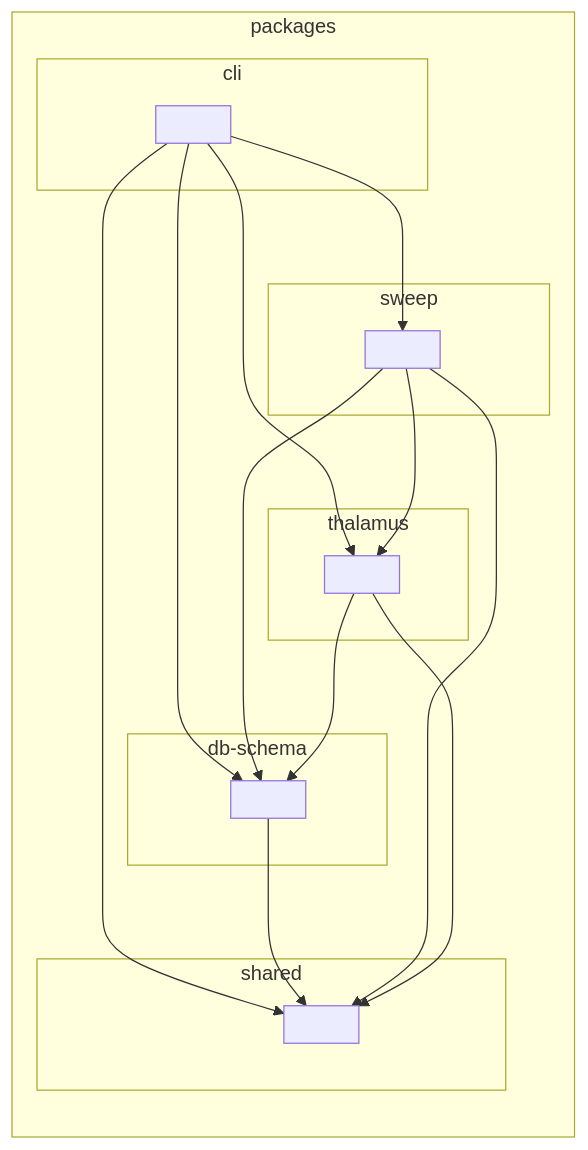
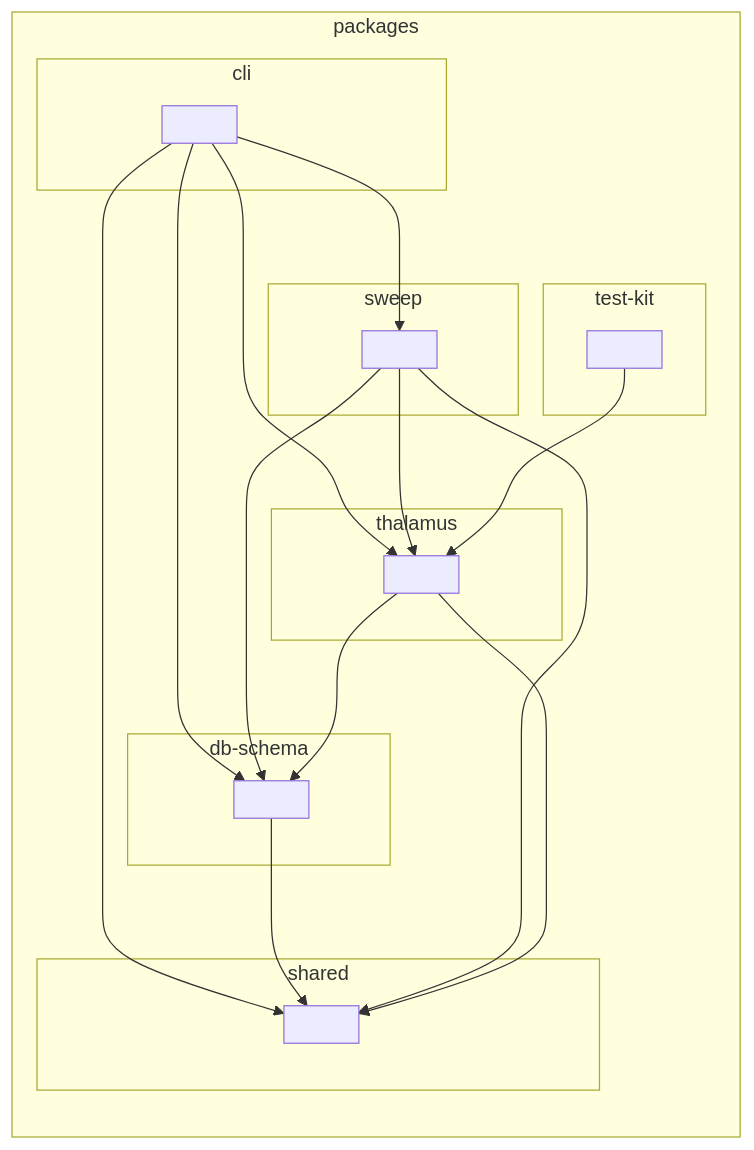
Before and after one commit to jeremienunez/thalamus-usecase-ssa-: the diagram in docs/specs/architecture/figures/14-workspace-packages.mmd, drawn with Mermaid. The commit also changed 68 other files, not shown here.

Commit message:
docs: refresh architecture specs and PDFs

```diff
--- a/docs/specs/architecture/figures/14-workspace-packages.mmd
+++ b/docs/specs/architecture/figures/14-workspace-packages.mmd
@@ -1,29 +1,33 @@
 flowchart LR
 
 subgraph 0["packages"]
 subgraph 1["cli"]
 2[" "]
 end
 subgraph 3["db-schema"]
 4[" "]
 end
 subgraph 5["shared"]
 6[" "]
 end
 subgraph 7["sweep"]
 8[" "]
 end
 subgraph 9["thalamus"]
 A[" "]
 end
+subgraph B["test-kit"]
+C[" "]
+end
 end
 2-->6
 2-->4
 2-->8
 2-->A
 4-->6
 8-->A
 8-->6
 8-->4
 A-->4
 A-->6
+C-->A
```
